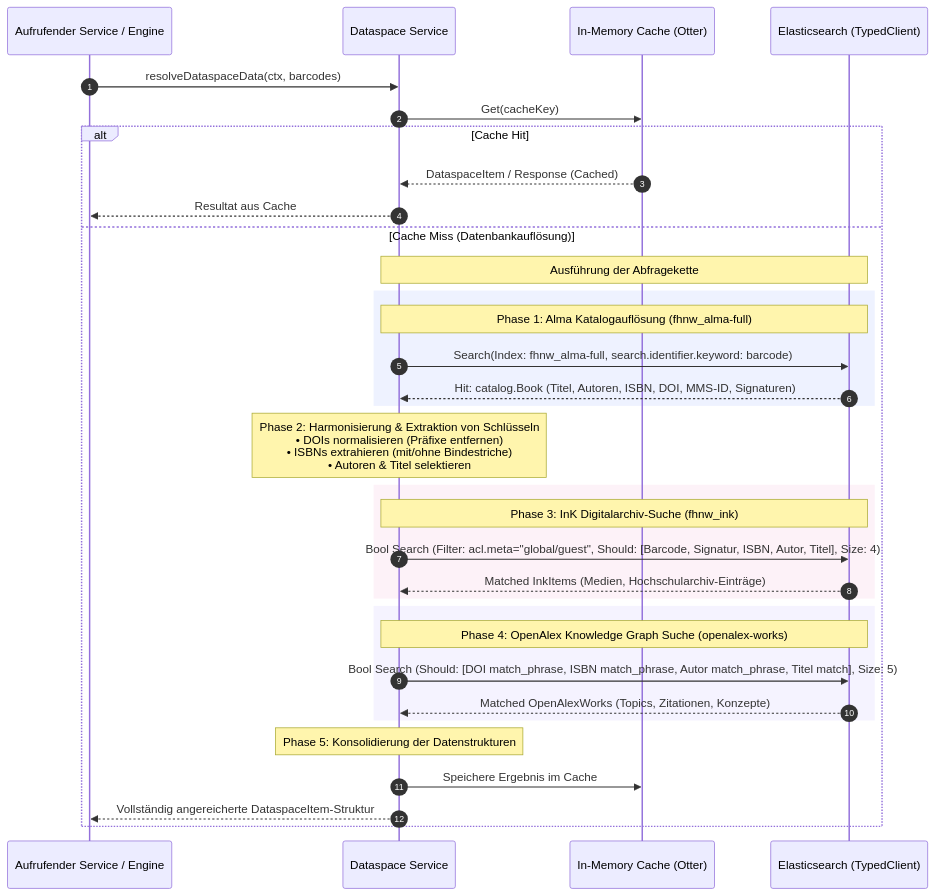
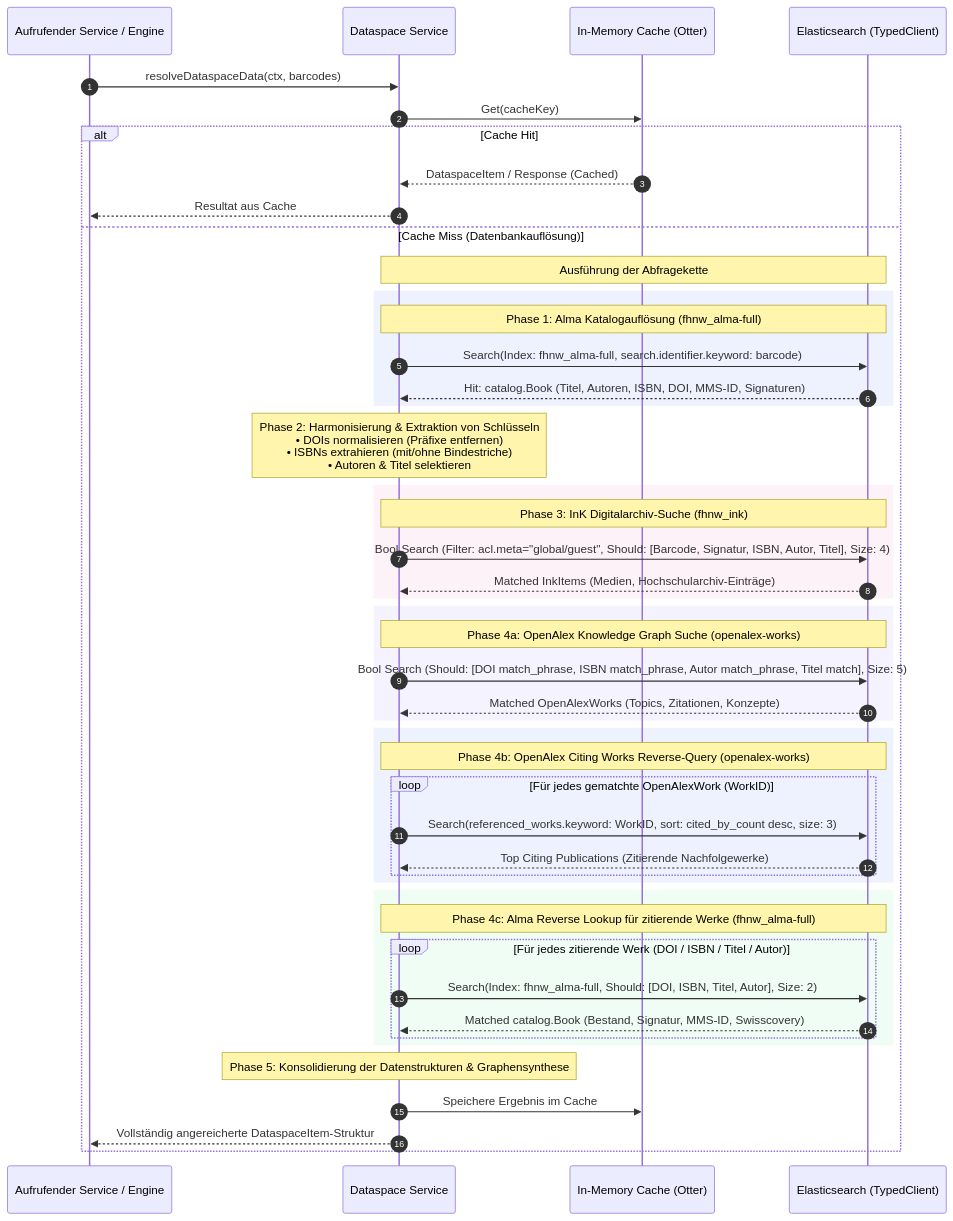
The second of 3 diagrams in docs/database-queries.md (je4/Library-RFID-Dataspace), drawn with Mermaid before and after one commit. The commit also changed other lines of this file and 10 other files, not shown here.

Commit message:
Add OpenAlex citing work reverse matching to Dataspace

````diff
--- a/docs/database-queries.md
+++ b/docs/database-queries.md
@@ -66,47 +66,63 @@
 ```mermaid
 sequenceDiagram
     autonumber
     participant Caller as Aufrufender Service / Engine
     participant Svc as Dataspace Service
     participant Cache as In-Memory Cache (Otter)
     participant ES as Elasticsearch (TypedClient)
 
     Caller->>Svc: resolveDataspaceData(ctx, barcodes)
     Svc->>Cache: Get(cacheKey)
     
     alt Cache Hit
         Cache-->>Svc: DataspaceItem / Response (Cached)
         Svc-->>Caller: Resultat aus Cache
     else Cache Miss (Datenbankauflösung)
         Note over Svc,ES: Ausführung der Abfragekette
         
         %% Step 1: Alma Query
         rect rgb(238, 242, 255)
             Note over Svc,ES: Phase 1: Alma Katalogauflösung (fhnw_alma-full)
             Svc->>ES: Search(Index: fhnw_alma-full, search.identifier.keyword: barcode)
             ES-->>Svc: Hit: catalog.Book (Titel, Autoren, ISBN, DOI, MMS-ID, Signaturen)
         end
 
         %% Step 2: Key Extraction
         Note over Svc: Phase 2: Harmonisierung & Extraktion von Schlüsseln<br/>• DOIs normalisieren (Präfixe entfernen)<br/>• ISBNs extrahieren (mit/ohne Bindestriche)<br/>• Autoren & Titel selektieren
 
         %% Step 3: InK Query
         rect rgb(253, 242, 248)
             Note over Svc,ES: Phase 3: InK Digitalarchiv-Suche (fhnw_ink)
             Svc->>ES: Bool Search (Filter: acl.meta="global/guest", Should: [Barcode, Signatur, ISBN, Autor, Titel], Size: 4)
             ES-->>Svc: Matched InkItems (Medien, Hochschularchiv-Einträge)
         end
 
-        %% Step 4: OpenAlex Query
+        %% Step 4: OpenAlex Query & Alma Reverse Matching
         rect rgb(245, 243, 255)
-            Note over Svc,ES: Phase 4: OpenAlex Knowledge Graph Suche (openalex-works)
+            Note over Svc,ES: Phase 4a: OpenAlex Knowledge Graph Suche (openalex-works)
             Svc->>ES: Bool Search (Should: [DOI match_phrase, ISBN match_phrase, Autor match_phrase, Titel match], Size: 5)
             ES-->>Svc: Matched OpenAlexWorks (Topics, Zitationen, Konzepte)
         end
 
+        rect rgb(238, 242, 255)
+            Note over Svc,ES: Phase 4b: OpenAlex Citing Works Reverse-Query (openalex-works)
+            loop Für jedes gematchte OpenAlexWork (WorkID)
+                Svc->>ES: Search(referenced_works.keyword: WorkID, sort: cited_by_count desc, size: 3)
+                ES-->>Svc: Top Citing Publications (Zitierende Nachfolgewerke)
+            end
+        end
+
+        rect rgb(240, 253, 244)
+            Note over Svc,ES: Phase 4c: Alma Reverse Lookup für zitierende Werke (fhnw_alma-full)
+            loop Für jedes zitierende Werk (DOI / ISBN / Titel / Autor)
+                Svc->>ES: Search(Index: fhnw_alma-full, Should: [DOI, ISBN, Titel, Autor], Size: 2)
+                ES-->>Svc: Matched catalog.Book (Bestand, Signatur, MMS-ID, Swisscovery)
+            end
+        end
+
         %% Step 5: Caching & Return
-        Note over Svc: Phase 5: Konsolidierung der Datenstrukturen
+        Note over Svc: Phase 5: Konsolidierung der Datenstrukturen & Graphensynthese
         Svc->>Cache: Speichere Ergebnis im Cache
         Svc-->>Caller: Vollständig angereicherte DataspaceItem-Struktur
     end
 ```
````
